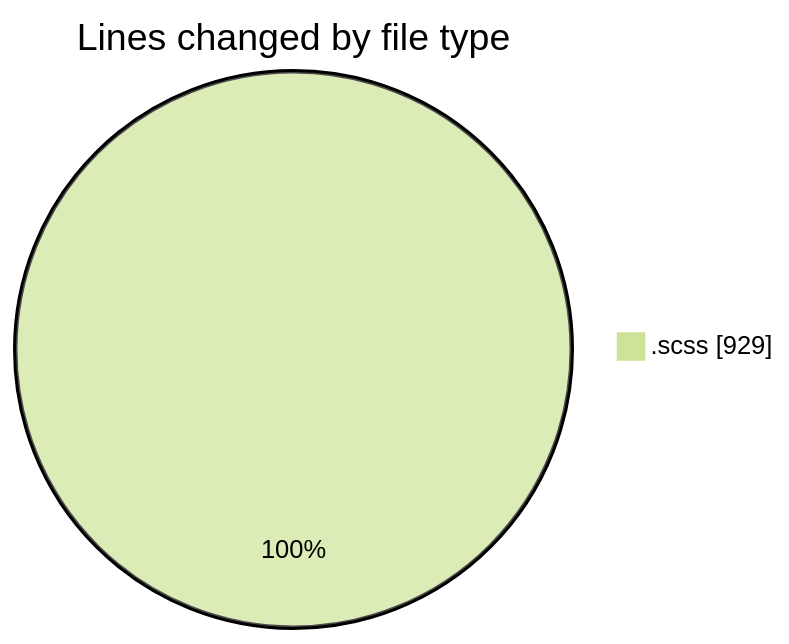
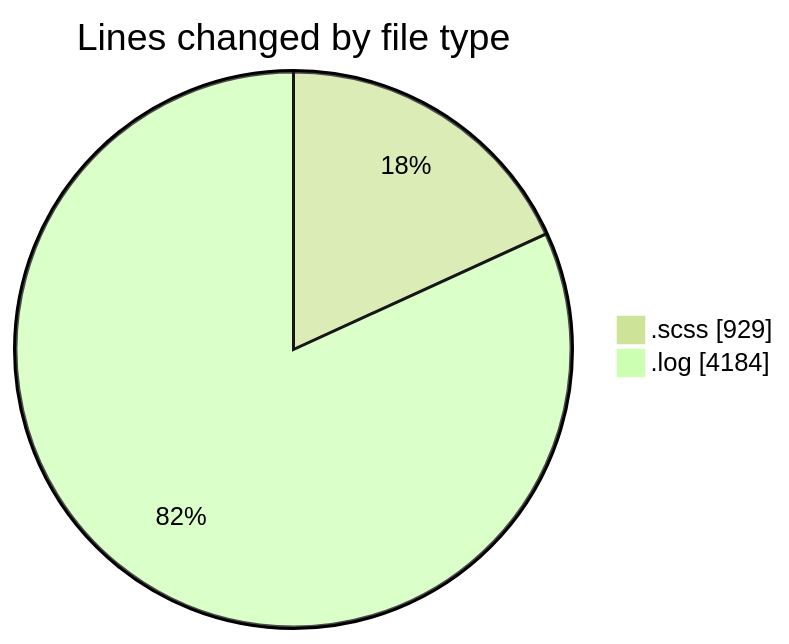
The first of 2 diagrams in 2026-01-21/cda/README.md (momahboobian/code-tracking), drawn with Mermaid (forest theme) before and after one commit. The commit also changed other lines of this file and 1 other file, not shown here.

````diff
--- a/2026-01-21/cda/README.md
+++ b/2026-01-21/cda/README.md
@@ -23,5 +24,6 @@
 ```mermaid
 pie showData
 title Lines changed by file type
 ".scss" : 929
+".log" : 4184
 ```
````
